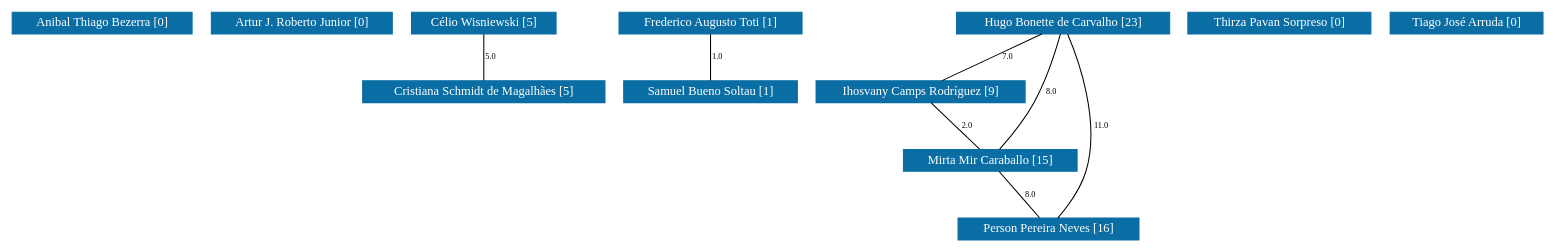
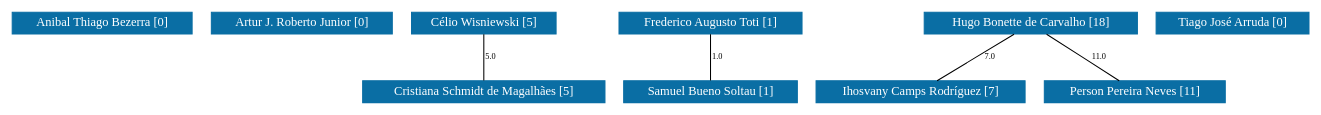
Before and after one commit to icamps/unifal-lattes.github.io: the diagram in df/grafoDeColaboracoesComPesos.dot, drawn with Graphviz. The commit also changed 601 other files, not shown here.

```diff
--- a/df/grafoDeColaboracoesComPesos.dot
+++ b/df/grafoDeColaboracoesComPesos.dot
@@ -1,123 +1,97 @@
 strict graph grafo2 {
-	graph [bb="0,0,1231.5,219",
+	graph [bb="0,0,1040.5,87",
 		id=grafo2,
 		overlap=False
 	];
 	node [fontsize=12,
 		label="\N",
 		shape=rectangle,
 		style=filled
 	];
 	0	 [URL="membro-8478305453281130.html",
 		color="#0A6EA4",
 		fontcolor="#FFFFFF",
 		height=0.29167,
 		label="Anibal Thiago Bezerra [0]",
-		pos="71.5,208.5",
+		pos="71.5,76.5",
 		width=1.9861];
 	1	 [URL="membro-6122155083160820.html",
 		color="#0A6EA4",
 		fontcolor="#FFFFFF",
 		height=0.29167,
 		label="Artur J. Roberto Junior [0]",
-		pos="232.5,208.5",
+		pos="232.5,76.5",
 		width=1.9861];
 	2	 [URL="membro-4055079165002493.html",
 		color="#0A6EA4",
 		fontcolor="#FFFFFF",
 		height=0.29167,
 		label="Célio Wisniewski [5]",
-		pos="380.5,208.5",
+		pos="380.5,76.5",
 		width=1.6111];
 	3	 [URL="membro-1140012060761818.html",
 		color="#0A6EA4",
 		fontcolor="#FFFFFF",
 		height=0.29167,
 		label="Cristiana Schmidt de Magalhães [5]",
-		pos="380.5,142.5",
+		pos="380.5,10.5",
 		width=2.5833];
 	2 -- 3	 [fontsize=8,
 		label=5.0,
-		lp="385.5,175.5",
-		pos="380.5,197.9 380.5,185.65 380.5,165.62 380.5,153.3"];
+		lp="385.5,43.5",
+		pos="380.5,65.896 380.5,53.653 380.5,33.622 380.5,21.297"];
 	4	 [URL="membro-5154949759339458.html",
 		color="#0A6EA4",
 		fontcolor="#FFFFFF",
 		height=0.29167,
 		label="Frederico Augusto Toti [1]",
-		pos="560.5,208.5",
+		pos="560.5,76.5",
 		width=1.9861];
-	9	 [URL="membro-4318353199461089.html",
+	8	 [URL="membro-4318353199461089.html",
 		color="#0A6EA4",
 		fontcolor="#FFFFFF",
 		height=0.29167,
 		label="Samuel Bueno Soltau [1]",
-		pos="560.5,142.5",
+		pos="560.5,10.5",
 		width=1.9028];
-	4 -- 9	 [fontsize=8,
+	4 -- 8	 [fontsize=8,
 		label=1.0,
-		lp="565.5,175.5",
-		pos="560.5,197.9 560.5,185.65 560.5,165.62 560.5,153.3"];
+		lp="565.5,43.5",
+		pos="560.5,65.896 560.5,53.653 560.5,33.622 560.5,21.297"];
 	5	 [URL="membro-1642083834158700.html",
 		color="#0A6EA4",
 		fontcolor="#FFFFFF",
 		height=0.29167,
-		label="Hugo Bonette de Carvalho [23]",
-		pos="847.5,208.5",
+		label="Hugo Bonette de Carvalho [18]",
+		pos="816.5,76.5",
 		width=2.3194];
 	6	 [URL="membro-3732563704810366.html",
 		color="#0A6EA4",
 		fontcolor="#FFFFFF",
 		height=0.29167,
-		label="Ihosvany Camps Rodríguez [9]",
-		pos="729.5,142.5",
+		label="Ihosvany Camps Rodríguez [7]",
+		pos="729.5,10.5",
 		width=2.2778];
 	5 -- 6	 [fontsize=8,
 		label=7.0,
-		lp="801.5,175.5",
-		pos="828.54,197.9 806.52,185.58 770.41,165.38 748.41,153.08"];
-	7	 [URL="membro-6165304398755510.html",
+		lp="783.5,43.5",
+		pos="802.52,65.896 786.29,53.58 759.66,33.383 743.44,21.078"];
+	7	 [URL="membro-2380268778692743.html",
 		color="#0A6EA4",
 		fontcolor="#FFFFFF",
 		height=0.29167,
-		label="Mirta Mir Caraballo [15]",
-		pos="789.5,76.5",
-		width=1.875];
+		label="Person Pereira Neves [11]",
+		pos="899.5,10.5",
+		width=1.9306];
 	5 -- 7	 [fontsize=8,
-		label=8.0,
-		lp="834.5,142.5",
-		pos="844.38,197.88 839.84,182.91 830.82,154.85 820.5,132 813.23,115.91 802.94,98.251 796.24,87.272"];
-	8	 [URL="membro-2380268778692743.html",
-		color="#0A6EA4",
-		fontcolor="#FFFFFF",
-		height=0.29167,
-		label="Person Pereira Neves [16]",
-		pos="837.5,10.5",
-		width=1.9306];
-	5 -- 8	 [fontsize=8,
 		label=11.0,
-		lp="876,109.5",
-		pos="851.36,197.99 859.56,174.2 877.05,114.52 865.5,66 861.55,49.412 851.81,32.158 844.93,21.38"];
-	6 -- 7	 [fontsize=8,
-		label=2.0,
-		lp="768.5,109.5",
-		pos="739.14,131.9 750.27,119.65 768.48,99.622 779.68,87.297"];
-	7 -- 8	 [fontsize=8,
-		label=8.0,
-		lp="821.5,43.5",
-		pos="797.21,65.896 806.12,53.653 820.68,33.622 829.65,21.297"];
-	10	 [URL="membro-3940703666349048.html",
-		color="#0A6EA4",
-		fontcolor="#FFFFFF",
-		height=0.29167,
-		label="Thirza Pavan Sorpreso [0]",
-		pos="1020.5,208.5",
-		width=1.9722];
-	11	 [URL="membro-2604391010090933.html",
+		lp="870,43.5",
+		pos="829.84,65.896 845.32,53.58 870.72,33.383 886.2,21.078"];
+	9	 [URL="membro-2604391010090933.html",
 		color="#0A6EA4",
 		fontcolor="#FFFFFF",
 		height=0.29167,
 		label="Tiago José Arruda [0]",
-		pos="1170.5,208.5",
+		pos="979.5,76.5",
 		width=1.6944];
 }
```
